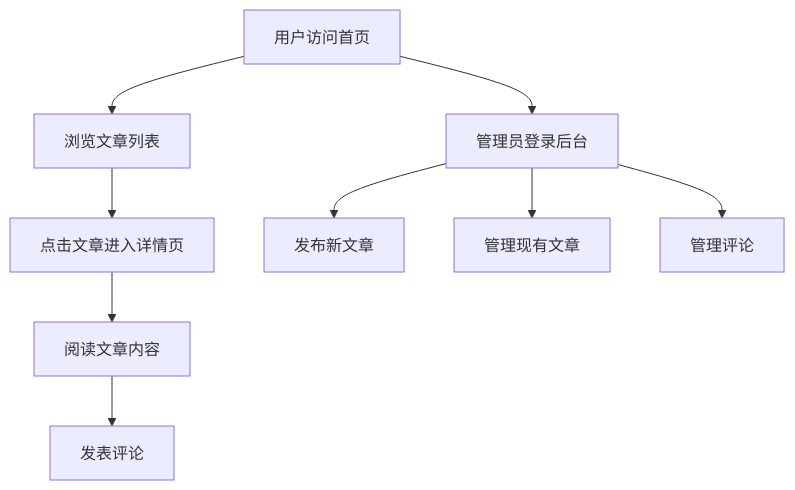
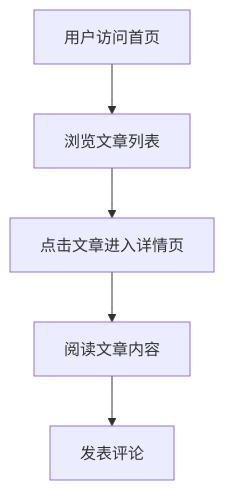
The diagram in .trae/documents/博客网站PRD.md (Sky-Ljw/my-blog), drawn with Mermaid before and after one commit. The commit also changed other lines of this file and 4054 other files, not shown here.

````diff
--- a/.trae/documents/博客网站PRD.md
+++ b/.trae/documents/博客网站PRD.md
@@ -36,11 +31,7 @@
 ```mermaid
 flowchart TD
     A[用户访问首页] --> B[浏览文章列表]
     B --> C[点击文章进入详情页]
     C --> D[阅读文章内容]
     D --> E[发表评论]
-    A --> F[管理员登录后台]
-    F --> G[发布新文章]
-    F --> H[管理现有文章]
-    F --> I[管理评论]
 ```
````
